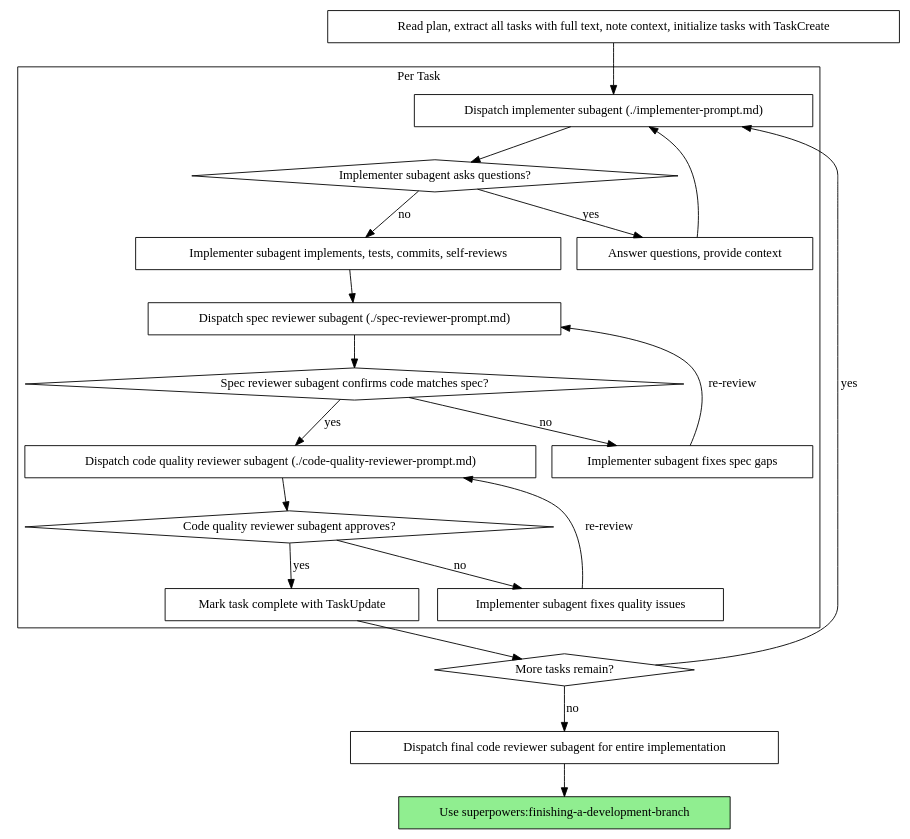
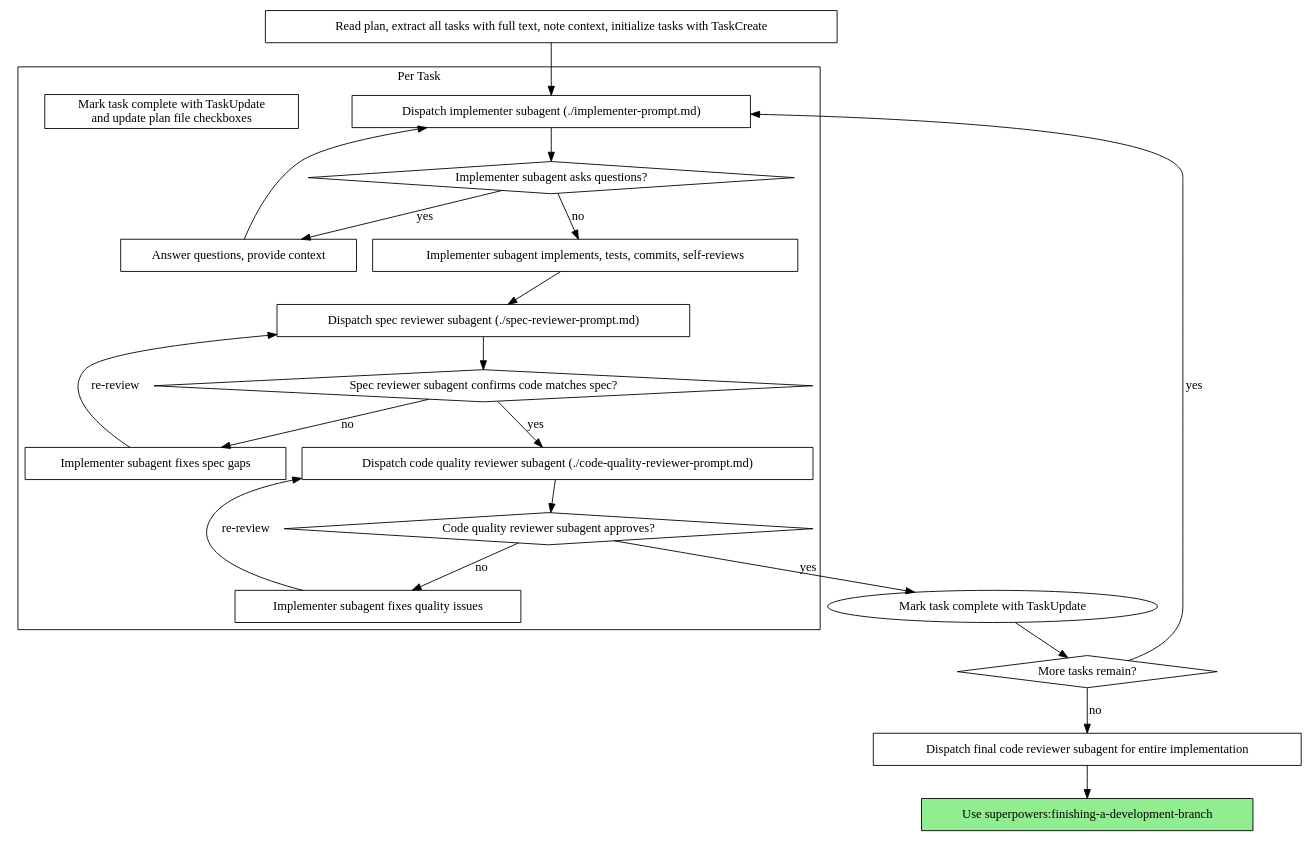
Before and after one commit to jasoncarr95/superpowers: the second of 2 diagrams in skills/subagent-driven-development/SKILL.md, drawn with Graphviz. The commit also changed 1 other file, not shown here.

Commit message:
fix: execution skills update plan file checkboxes
Add plan file checkbox update to executing-plans and subagent-driven-development skills.

See:
- https://github.com/obra/superpowers/pull/808
- https://github.com/obra/superpowers/issues/1075

````diff
--- a/skills/subagent-driven-development/SKILL.md
+++ b/skills/subagent-driven-development/SKILL.md
@@ -45,44 +45,44 @@
 ```dot
 digraph process {
     rankdir=TB;
 
     subgraph cluster_per_task {
         label="Per Task";
         "Dispatch implementer subagent (./implementer-prompt.md)" [shape=box];
         "Implementer subagent asks questions?" [shape=diamond];
         "Answer questions, provide context" [shape=box];
         "Implementer subagent implements, tests, commits, self-reviews" [shape=box];
         "Dispatch spec reviewer subagent (./spec-reviewer-prompt.md)" [shape=box];
         "Spec reviewer subagent confirms code matches spec?" [shape=diamond];
         "Implementer subagent fixes spec gaps" [shape=box];
         "Dispatch code quality reviewer subagent (./code-quality-reviewer-prompt.md)" [shape=box];
         "Code quality reviewer subagent approves?" [shape=diamond];
         "Implementer subagent fixes quality issues" [shape=box];
-        "Mark task complete with TaskUpdate" [shape=box];
+        "Mark task complete with TaskUpdate\nand update plan file checkboxes" [shape=box];
     }
 
     "Read plan, extract all tasks with full text, note context, initialize tasks with TaskCreate" [shape=box];
     "More tasks remain?" [shape=diamond];
     "Dispatch final code reviewer subagent for entire implementation" [shape=box];
     "Use superpowers:finishing-a-development-branch" [shape=box style=filled fillcolor=lightgreen];
 
     "Read plan, extract all tasks with full text, note context, initialize tasks with TaskCreate" -> "Dispatch implementer subagent (./implementer-prompt.md)";
     "Dispatch implementer subagent (./implementer-prompt.md)" -> "Implementer subagent asks questions?";
     "Implementer subagent asks questions?" -> "Answer questions, provide context" [label="yes"];
     "Answer questions, provide context" -> "Dispatch implementer subagent (./implementer-prompt.md)";
     "Implementer subagent asks questions?" -> "Implementer subagent implements, tests, commits, self-reviews" [label="no"];
     "Implementer subagent implements, tests, commits, self-reviews" -> "Dispatch spec reviewer subagent (./spec-reviewer-prompt.md)";
     "Dispatch spec reviewer subagent (./spec-reviewer-prompt.md)" -> "Spec reviewer subagent confirms code matches spec?";
     "Spec reviewer subagent confirms code matches spec?" -> "Implementer subagent fixes spec gaps" [label="no"];
     "Implementer subagent fixes spec gaps" -> "Dispatch spec reviewer subagent (./spec-reviewer-prompt.md)" [label="re-review"];
     "Spec reviewer subagent confirms code matches spec?" -> "Dispatch code quality reviewer subagent (./code-quality-reviewer-prompt.md)" [label="yes"];
     "Dispatch code quality reviewer subagent (./code-quality-reviewer-prompt.md)" -> "Code quality reviewer subagent approves?";
     "Code quality reviewer subagent approves?" -> "Implementer subagent fixes quality issues" [label="no"];
     "Implementer subagent fixes quality issues" -> "Dispatch code quality reviewer subagent (./code-quality-reviewer-prompt.md)" [label="re-review"];
     "Code quality reviewer subagent approves?" -> "Mark task complete with TaskUpdate" [label="yes"];
     "Mark task complete with TaskUpdate" -> "More tasks remain?";
     "More tasks remain?" -> "Dispatch implementer subagent (./implementer-prompt.md)" [label="yes"];
     "More tasks remain?" -> "Dispatch final code reviewer subagent for entire implementation" [label="no"];
     "Dispatch final code reviewer subagent for entire implementation" -> "Use superpowers:finishing-a-development-branch";
 }
 ```
````
